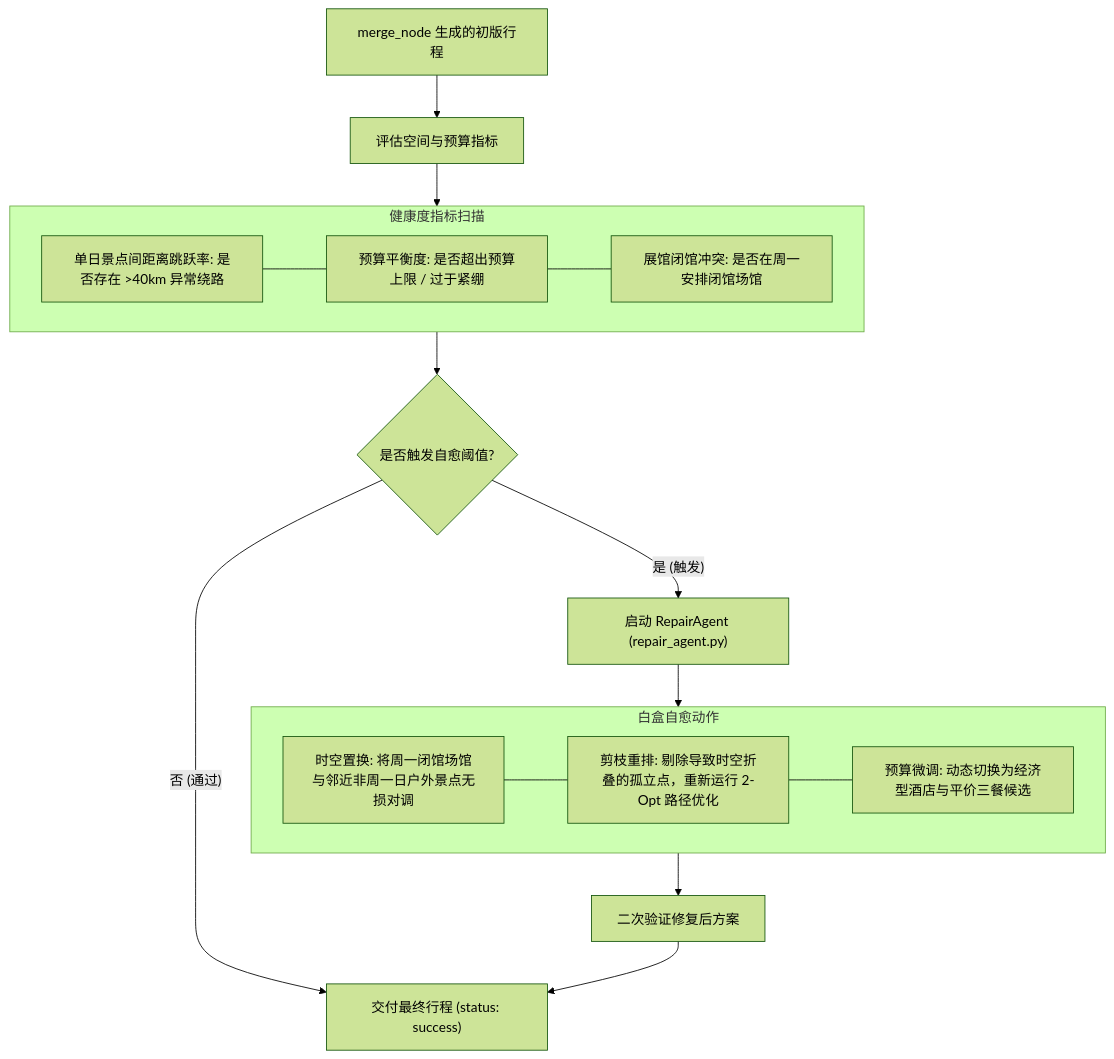
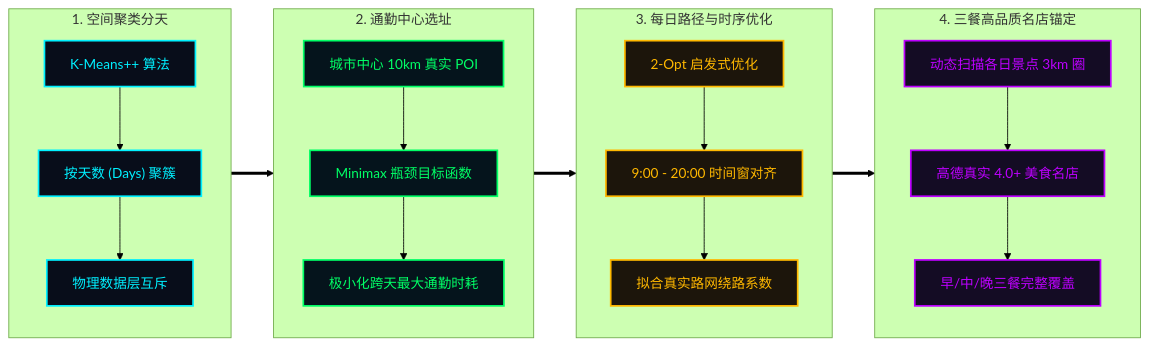
The sixth of 7 diagrams in ARCHITECTURE.md (SuperGODOG/tripplanner), drawn with Mermaid (forest theme) before and after one commit. The commit also changed other lines of this file and 1 other file, not shown here.

Commit message:
docs: overhaul ARCHITECTURE.md and README.md with cyberpunk sci-fi holo-matrix and v5.0 sovereign harness specs

````diff
--- a/ARCHITECTURE.md
+++ b/ARCHITECTURE.md
@@ -345,27 +345,37 @@
 ```mermaid
-flowchart TD
-    INPUT_PLAN["merge_node 生成的初版行程"] --> METRIC_EVAL["评估空间与预算指标"]
+flowchart LR
+    classDef step1 fill:#080d1a,stroke:#00F0FF,stroke-width:2px,color:#00F0FF;
+    classDef step2 fill:#05141c,stroke:#00FF66,stroke-width:2px,color:#00FF66;
+    classDef step3 fill:#1c150b,stroke:#FFB800,stroke-width:2px,color:#FFB800;
+    classDef step4 fill:#140c24,stroke:#BD00FF,stroke-width:2px,color:#BD00FF;
 
-    subgraph Metrics["健康度指标扫描"]
-        M1["单日景点间距离跳跃率: 是否存在 >40km 异常绕路"]
-        M2["预算平衡度: 是否超出预算上限 / 过于紧绷"]
-        M3["展馆闭馆冲突: 是否在周一安排闭馆场馆"]
-        M1 --- M2 --- M3
+    subgraph CLUSTERING["1. 空间聚类分天"]
+        K1["K-Means++ 算法"]:::step1
+        K2["按天数 (Days) 聚簇"]:::step1
+        K3["物理数据层互斥"]:::step1
+        K1 --> K2 --> K3
     end
 
-    METRIC_EVAL --> Metrics --> JUDGE{"是否触发自愈阈值?"}
-
-    JUDGE -- 否 (通过) --> DELIVER["交付最终行程 (status: success)"]
-
-    JUDGE -- 是 (触发) --> REPAIR_AGENT["启动 RepairAgent (repair_agent.py)"]
-    
-    subgraph Healing["白盒自愈动作"]
-        H1["时空置换: 将周一闭馆场馆与邻近非周一日户外景点无损对调"]
-        H2["剪枝重排: 剔除导致时空折叠的孤立点，重新运行 2-Opt 路径优化"]
-        H3["预算微调: 动态切换为经济型酒店与平价三餐候选"]
-        H1 --- H2 --- H3
+    subgraph HOTEL_SOLVER["2. 通勤中心选址"]
+        H1["城市中心 10km 真实 POI"]:::step2
+        H2["Minimax 瓶颈目标函数"]:::step2
+        H3["极小化跨天最大通勤时耗"]:::step2
+        H1 --> H2 --> H3
     end
 
-    REPAIR_AGENT --> Healing --> REVAL["二次验证修复后方案"]
-    REVAL --> DELIVER
+    subgraph TSP_SOLVER["3. 每日路径与时序优化"]
+        T1["2-Opt 启发式优化"]:::step3
+        T2["9:00 - 20:00 时间窗对齐"]:::step3
+        T3["拟合真实路网绕路系数"]:::step3
+        T1 --> T2 --> T3
+    end
+
+    subgraph MEAL_ANCHOR["4. 三餐高品质名店锚定"]
+        M1["动态扫描各日景点 3km 圈"]:::step4
+        M2["高德真实 4.0+ 美食名店"]:::step4
+        M3["早/中/晚三餐完整覆盖"]:::step4
+        M1 --> M2 --> M3
+    end
+
+    CLUSTERING ==> HOTEL_SOLVER ==> TSP_SOLVER ==> MEAL_ANCHOR
 ```
````
